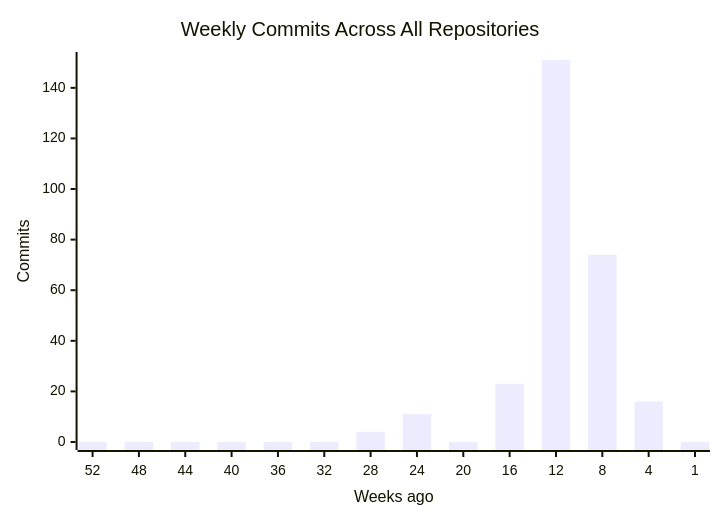
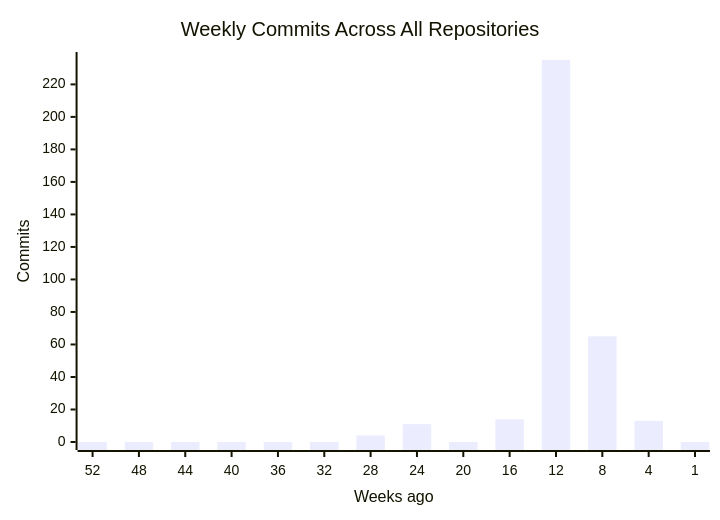
One commit to CSTH-Projects/.github changed the first of 4 diagrams in profile/README.md. Above: the diagram before and after it, drawn with Mermaid. The commit also changed other lines of this file, not shown here.

````diff
--- a/profile/README.md
+++ b/profile/README.md
@@ -16,7 +16,7 @@
 ```mermaid
 xychart-beta
     title "Weekly Commits Across All Repositories"
     x-axis "Weeks ago" [52, 48, 44, 40, 36, 32, 28, 24, 20, 16, 12, 8, 4, 1]
     y-axis "Commits"
-    bar [0, 0, 0, 0, 0, 0, 4, 11, 0, 23, 151, 74, 16, 0]
+    bar [0, 0, 0, 0, 0, 0, 4, 11, 0, 14, 235, 65, 13, 0]
 ```
````
